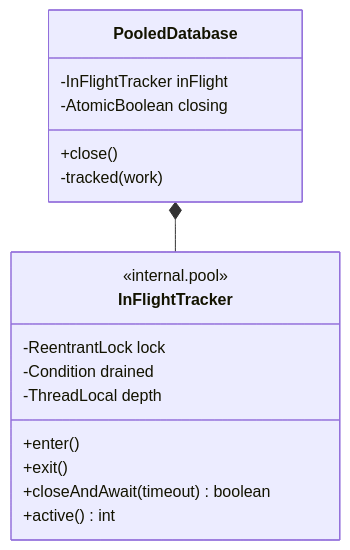
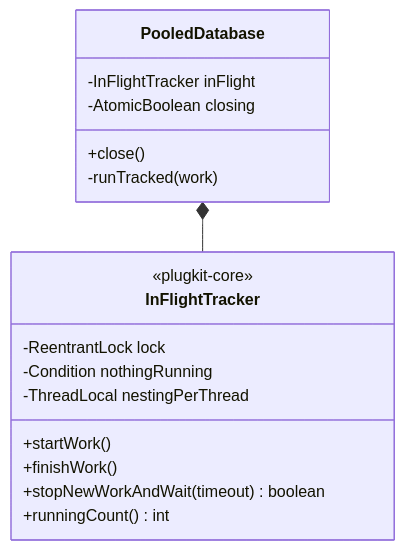
Before and after one commit to varnit-ta/plugkit-util: the fourth of 5 diagrams in plugkit-db/docs/adr/0002-connections-configuration-and-lifecycle.md, drawn with Mermaid. The commit also changed other lines of this file and 76 other files, not shown here.

First line of the commit message:
refactor: extract plugkit-core and tidy naming and structure

````diff
--- a/plugkit-db/docs/adr/0002-connections-configuration-and-lifecycle.md
+++ b/plugkit-db/docs/adr/0002-connections-configuration-and-lifecycle.md
@@ -296,20 +296,20 @@
 ```mermaid
 classDiagram
     class PooledDatabase {
         -InFlightTracker inFlight
         -AtomicBoolean closing
         +close()
-        -tracked(work)
+        -runTracked(work)
     }
     class InFlightTracker {
-        <<internal.pool>>
+        <<plugkit-core>>
         -ReentrantLock lock
-        -Condition drained
-        -ThreadLocal depth
-        +enter()
-        +exit()
-        +closeAndAwait(timeout) boolean
-        +active() int
+        -Condition nothingRunning
+        -ThreadLocal nestingPerThread
+        +startWork()
+        +finishWork()
+        +stopNewWorkAndWait(timeout) boolean
+        +runningCount() int
     }
     PooledDatabase *-- InFlightTracker
 ```
````
